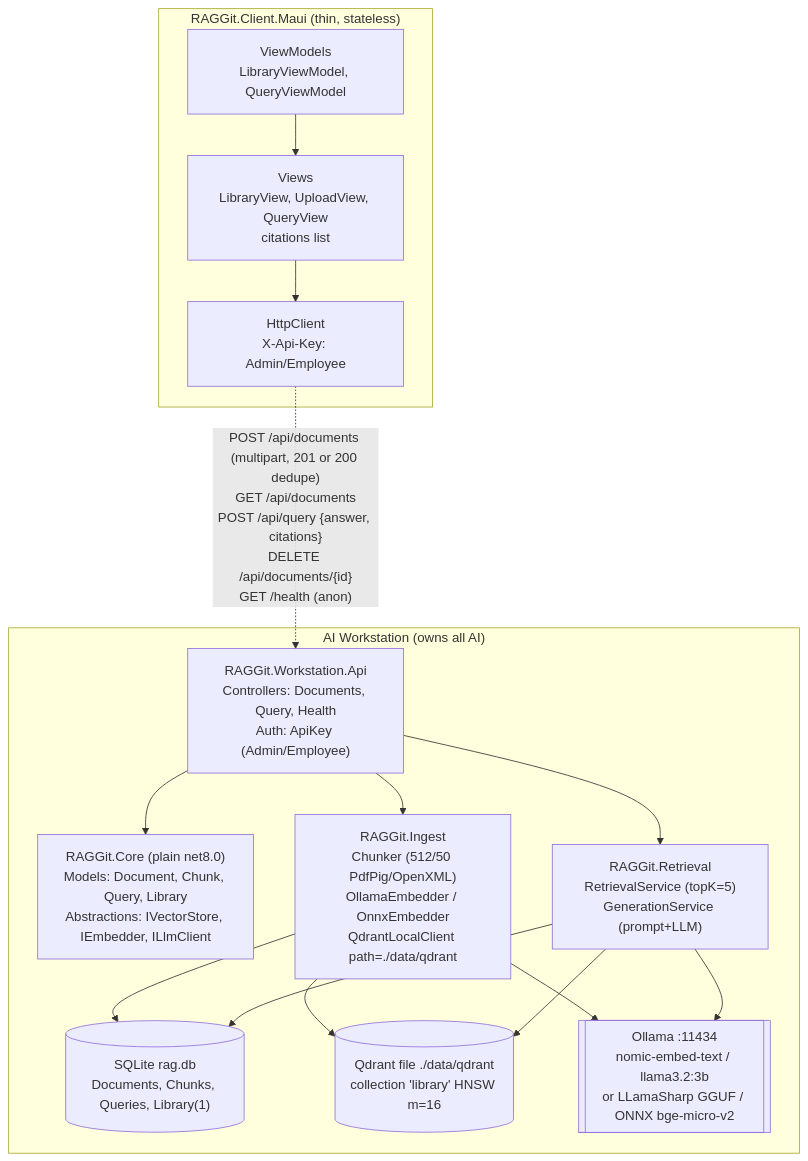
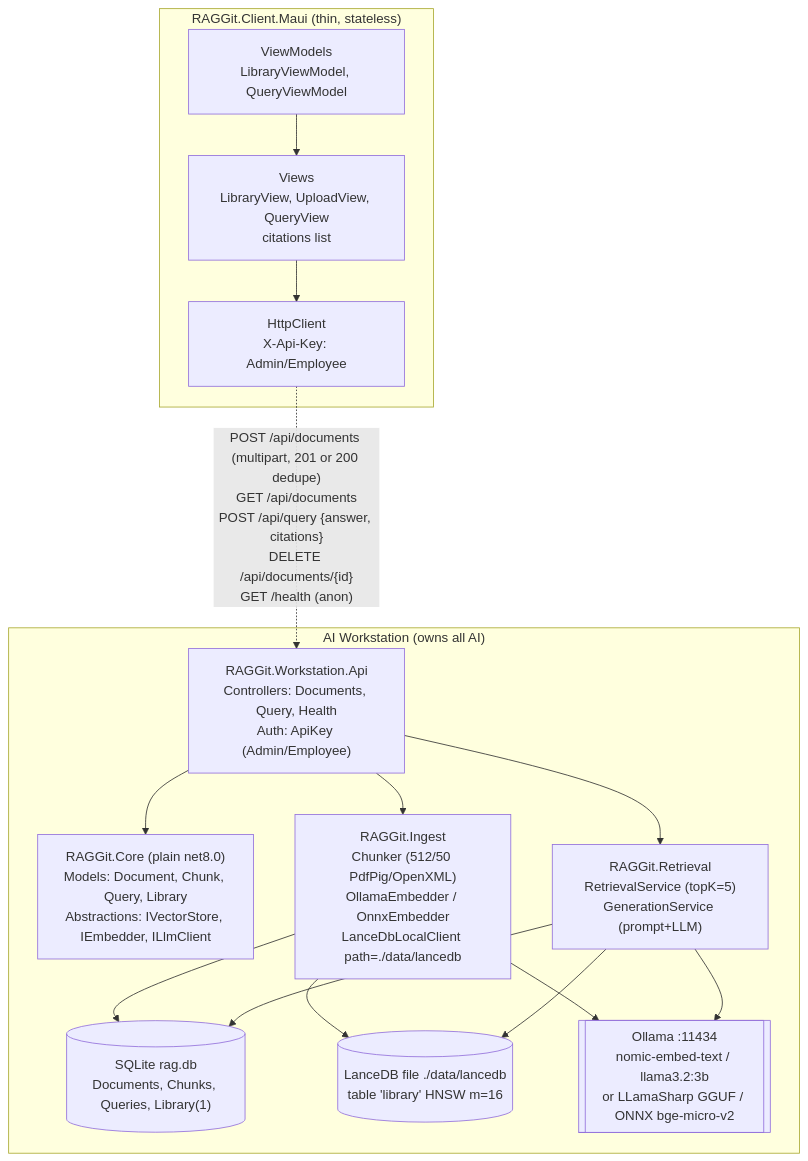
One commit to daskas-welt/raggit changed the second of 4 diagrams in specs/001-offline-mode/architecture.md. Above: the diagram before and after it, drawn with Mermaid. The commit also changed other lines of this file and 19 other files, not shown here.

First line of the commit message:
refactor: switch vector store Qdrant -> LanceDB embedded (T008 fix)

````diff
--- a/specs/001-offline-mode/architecture.md
+++ b/specs/001-offline-mode/architecture.md
@@ -21,30 +21,30 @@
 ```mermaid
 flowchart TB
     subgraph ClientMaui["RAGGit.Client.Maui (thin, stateless)"]
         MVVM["ViewModels<br/>LibraryViewModel, QueryViewModel"]
         Views["Views<br/>LibraryView, UploadView, QueryView<br/>citations list"]
         Http["HttpClient<br/>X-Api-Key: Admin/Employee"]
     end
 
     subgraph Workstation["AI Workstation (owns all AI)"]
         API["RAGGit.Workstation.Api<br/>Controllers: Documents, Query, Health<br/>Auth: ApiKey (Admin/Employee)"]
         Core["RAGGit.Core (plain net8.0)<br/>Models: Document, Chunk, Query, Library<br/>Abstractions: IVectorStore, IEmbedder, ILlmClient"]
-        Ingest["RAGGit.Ingest<br/>Chunker (512/50 PdfPig/OpenXML)<br/>OllamaEmbedder / OnnxEmbedder<br/>QdrantLocalClient path=./data/qdrant"]
+        Ingest["RAGGit.Ingest<br/>Chunker (512/50 PdfPig/OpenXML)<br/>OllamaEmbedder / OnnxEmbedder<br/>LanceDbLocalClient path=./data/lancedb"]
         Retrieval["RAGGit.Retrieval<br/>RetrievalService (topK=5)<br/>GenerationService (prompt+LLM)"]
         DB[("SQLite rag.db<br/>Documents, Chunks, Queries, Library(1)")]
-        Qdrant[("Qdrant file ./data/qdrant<br/>collection 'library' HNSW m=16")]
+        LanceDb[("LanceDB file ./data/lancedb<br/>table 'library' HNSW m=16")]
         Ollama[["Ollama :11434<br/>nomic-embed-text / llama3.2:3b<br/>or LLamaSharp GGUF / ONNX bge-micro-v2"]]
     end
 
     MVVM --> Views --> Http
     Http -. "POST /api/documents (multipart, 201 or 200 dedupe)<br/>GET /api/documents<br/>POST /api/query {answer, citations}<br/>DELETE /api/documents/{id}<br/>GET /health (anon)" .-> API
     API --> Core
     API --> Ingest
     API --> Retrieval
     Ingest --> DB
-    Ingest --> Qdrant
+    Ingest --> LanceDb
     Ingest --> Ollama
-    Retrieval --> Qdrant
+    Retrieval --> LanceDb
     Retrieval --> Ollama
     Retrieval --> DB
 ```
````
